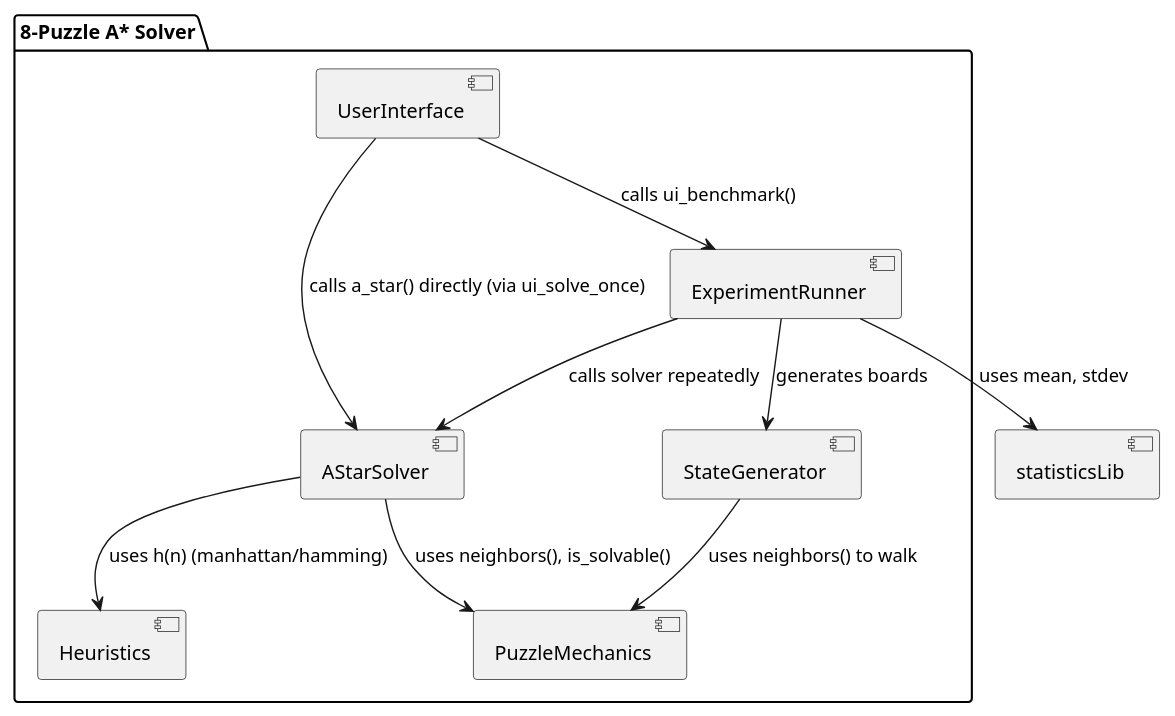
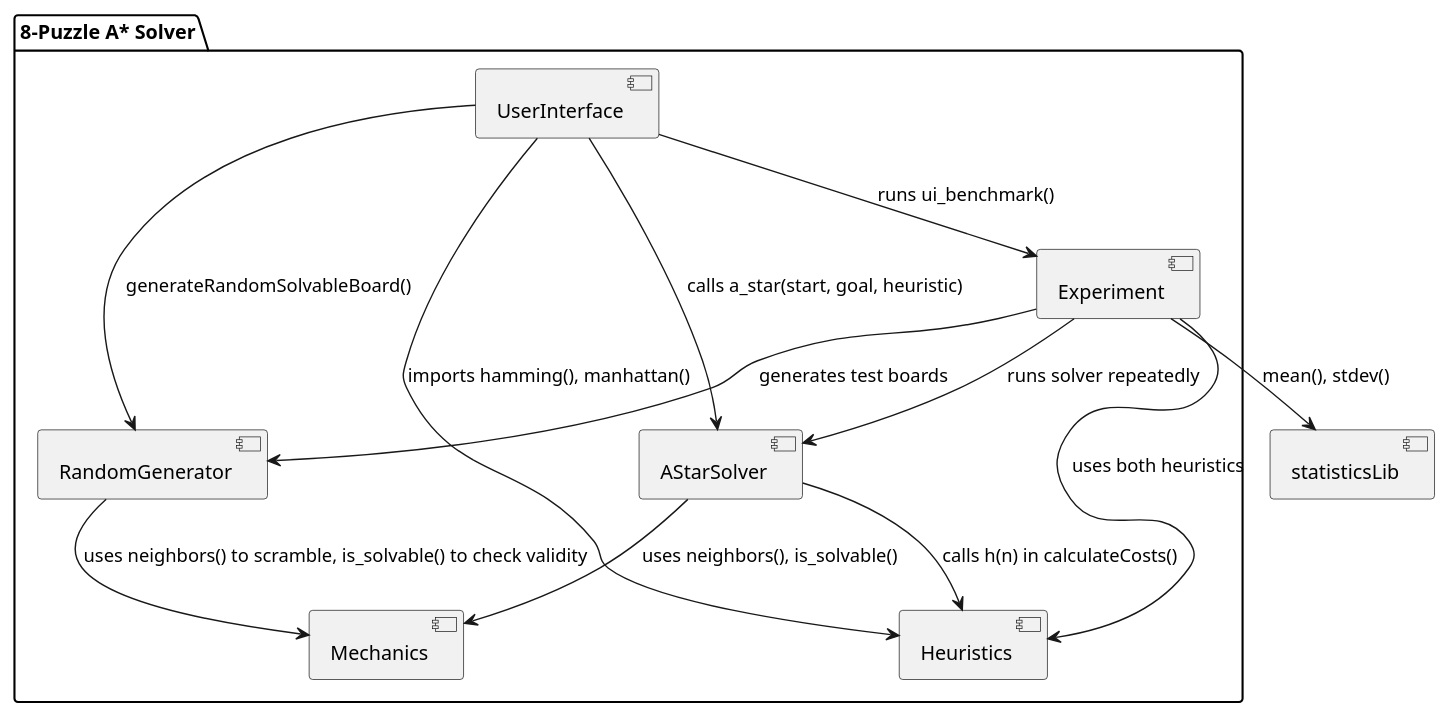
One commit to SateliteSemOResto/8puzzle_Group3_TeamC changed the diagram in Doc/Diagram.puml. Above: the diagram before and after it, drawn with PlantUML. The commit also changed 2 other files, not shown here.

Commit message:
updated Diagram: added ui talking to heuristics and random generator

```diff
--- a/Doc/Diagram.puml
+++ b/Doc/Diagram.puml
@@ -1,22 +1,27 @@
 @startuml
 
 package "8-Puzzle A* Solver" {
   [UserInterface]
-  [ExperimentRunner]
+  [Experiment]
   [AStarSolver]
-  [StateGenerator]
-  [PuzzleMechanics]
+  [RandomGenerator]
+  [Mechanics]
   [Heuristics]
 
-  UserInterface --> ExperimentRunner : calls ui_benchmark()
-  UserInterface --> AStarSolver : calls a_star() directly (via ui_solve_once)
-  ExperimentRunner --> StateGenerator : generates boards
-  ExperimentRunner --> AStarSolver : calls solver repeatedly
-  AStarSolver --> PuzzleMechanics : uses neighbors(), is_solvable()
-  AStarSolver --> Heuristics : uses h(n) (manhattan/hamming)
-  StateGenerator --> PuzzleMechanics : uses neighbors() to walk
+  UserInterface --> RandomGenerator : generateRandomSolvableBoard()
+  UserInterface --> Heuristics : imports hamming(), manhattan()
+  UserInterface --> AStarSolver : calls a_star(start, goal, heuristic)
+  UserInterface --> Experiment : runs ui_benchmark()
+  Experiment --> RandomGenerator : generates test boards
+  Experiment --> Heuristics : uses both heuristics
+  Experiment --> AStarSolver : runs solver repeatedly
+  AStarSolver --> Mechanics : uses neighbors(), is_solvable()
+  AStarSolver --> Heuristics : calls h(n) in calculateCosts()
+  RandomGenerator --> Mechanics : uses neighbors() to scramble, is_solvable() to check validity
+
 }
+
 [statisticsLib]
-ExperimentRunner --> statisticsLib : uses mean, stdev
+Experiment --> statisticsLib : mean(), stdev()
 
 @enduml
```
